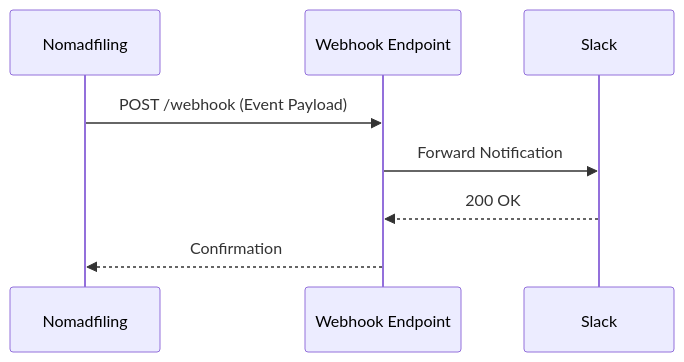
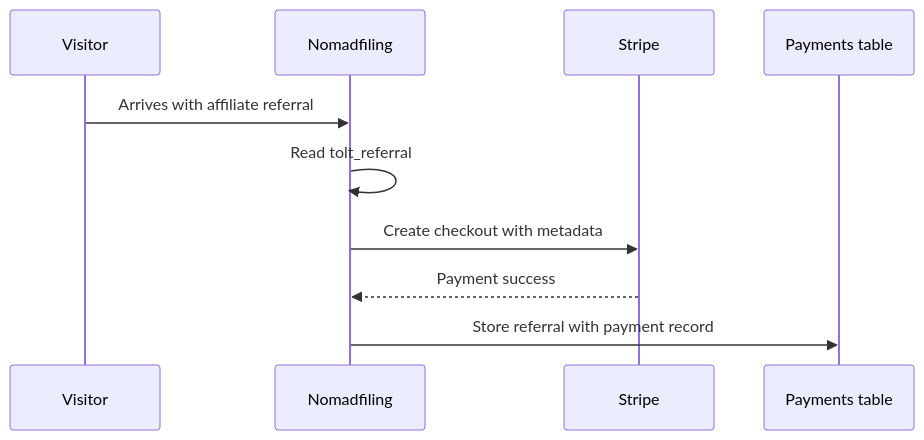
One commit to Nomad-Stack/nomadfiling-Docs changed the first of 2 diagrams in integrations.mdx. Above: the diagram before and after it, drawn with Mermaid. The commit also changed other lines of this file and 24 other files, not shown here.

````diff
--- a/integrations.mdx
+++ b/integrations.mdx
@@ -80,10 +223,13 @@
 ```mermaid
 sequenceDiagram
-    participant N as Nomadfiling
-    participant W as Webhook Endpoint
-    participant S as Slack
-    N->>W: POST /webhook (Event Payload)
-    W->>S: Forward Notification
-    S-->>W: 200 OK
-    W-->>N: Confirmation
+  participant V as Visitor
+  participant N as Nomadfiling
+  participant S as Stripe
+  participant D as Payments table
+
+  V->>N: Arrives with affiliate referral
+  N->>N: Read tolt_referral
+  N->>S: Create checkout with metadata
+  S-->>N: Payment success
+  N->>D: Store referral with payment record
 ```
````
